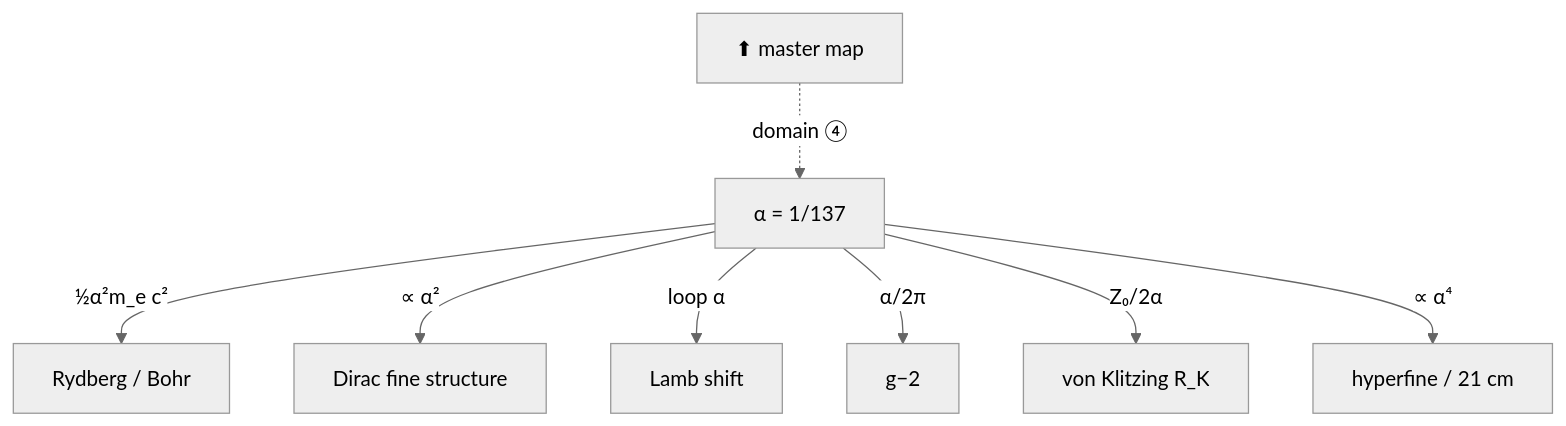
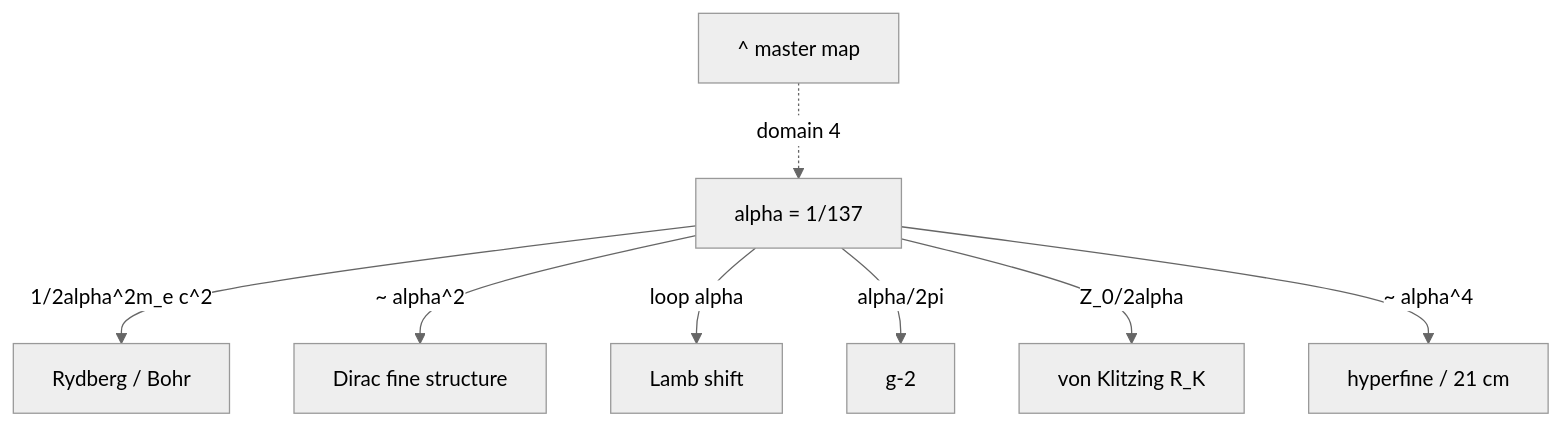
One commit to jimscarver/quantum-logical-framework changed the fifth of 11 diagrams in FlowChart.md. Above: the diagram before and after it, drawn with Mermaid (neutral theme). The commit also changed other lines of this file, not shown here.

First line of the commit message:
FlowChart.md: flatten <br/> and all unicode to ASCII in Mermaid blocks (render robustness)

````diff
--- a/FlowChart.md
+++ b/FlowChart.md
@@ -103,10 +103,10 @@
 ```mermaid
 flowchart TD
-  H4["⬆ master map"] -.->|"domain ④"| AL["α = 1/137"]
-  AL -->|"½α²m_e c²"| RY["Rydberg / Bohr"]
-  AL -->|"∝ α²"| DI["Dirac fine structure"]
-  AL -->|"loop α"| LA["Lamb shift"]
-  AL -->|"α/2π"| GM["g−2"]
-  AL -->|"Z₀/2α"| VK["von Klitzing R_K"]
-  AL -->|"∝ α⁴"| HF["hyperfine / 21 cm"]
+  H4["^ master map"] -.->|"domain 4"| AL["alpha = 1/137"]
+  AL -->|"1/2alpha^2m_e c^2"| RY["Rydberg / Bohr"]
+  AL -->|"~ alpha^2"| DI["Dirac fine structure"]
+  AL -->|"loop alpha"| LA["Lamb shift"]
+  AL -->|"alpha/2pi"| GM["g-2"]
+  AL -->|"Z_0/2alpha"| VK["von Klitzing R_K"]
+  AL -->|"~ alpha^4"| HF["hyperfine / 21 cm"]
 ```
````
